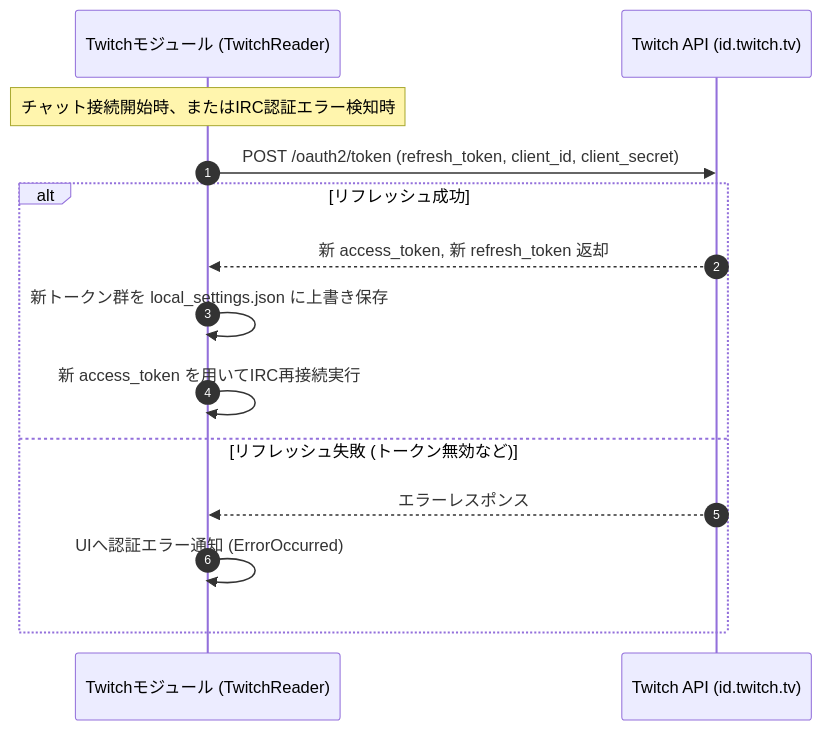
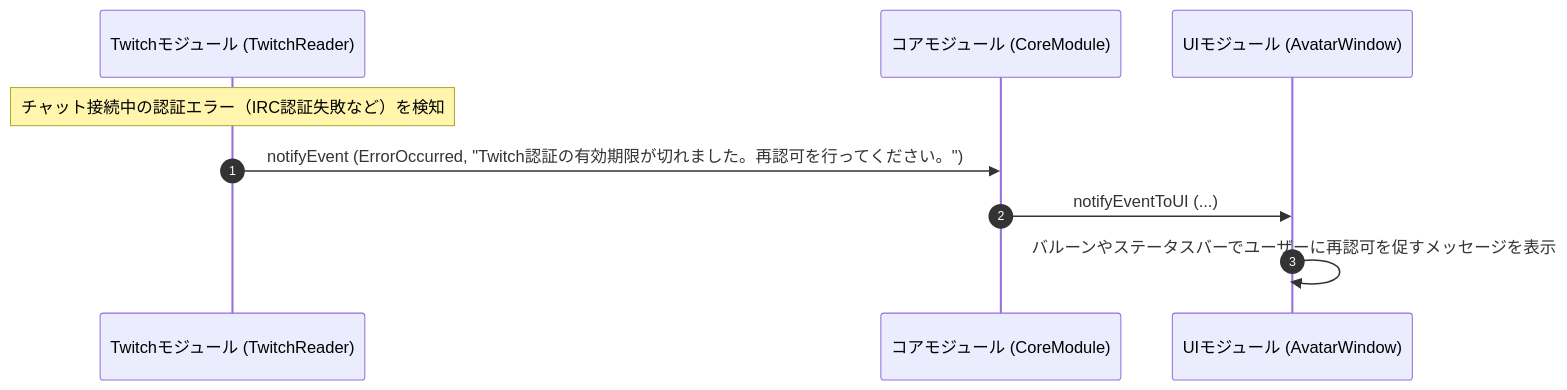
One commit to BLUE000/AiAssistantAvatar changed diagram 11 of 14 in doc/BasicDesign.md. Above: the diagram before and after it, drawn with Mermaid. The commit also changed other lines of this file and 1 other file, not shown here.

Commit message:
doc: Update BasicDesign.md and DetailedDesign.md for Twitch Implicit Flow transition

````diff
--- a/doc/BasicDesign.md
+++ b/doc/BasicDesign.md
@@ -498,17 +501,12 @@
 ```mermaid
 sequenceDiagram
     autonumber
     participant Twitch as Twitchモジュール (TwitchReader)
-    participant TwitchAPI as Twitch API (id.twitch.tv)
+    participant Core as コアモジュール (CoreModule)
+    participant UI as UIモジュール (AvatarWindow)
 
-    Note over Twitch: チャット接続開始時、またはIRC認証エラー検知時
-    Twitch->>TwitchAPI: POST /oauth2/token (refresh_token, client_id, client_secret)
-    alt リフレッシュ成功
-        TwitchAPI-->>Twitch: 新 access_token, 新 refresh_token 返却
-        Twitch->>Twitch: 新トークン群を local_settings.json に上書き保存
-        Twitch->>Twitch: 新 access_token を用いてIRC再接続実行
-    else リフレッシュ失敗 (トークン無効など)
-        TwitchAPI-->>Twitch: エラーレスポンス
-        Twitch->>Twitch: UIへ認証エラー通知 (ErrorOccurred)
-    end
+    Note over Twitch: チャット接続中の認証エラー（IRC認証失敗など）を検知
+    Twitch->>Core: notifyEvent (ErrorOccurred, "Twitch認証の有効期限が切れました。再認可を行ってください。")
+    Core->>UI: notifyEventToUI (...)
+    UI->>UI: バルーンやステータスバーでユーザーに再認可を促すメッセージを表示
 ```
````
